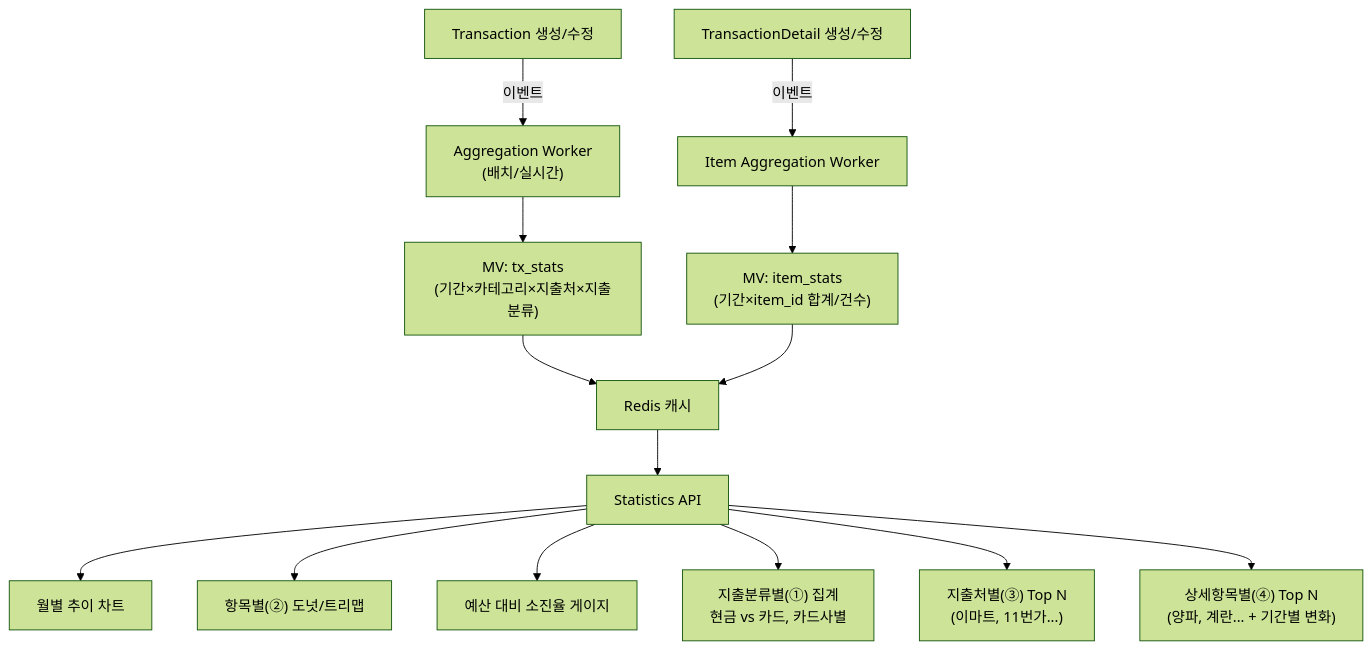
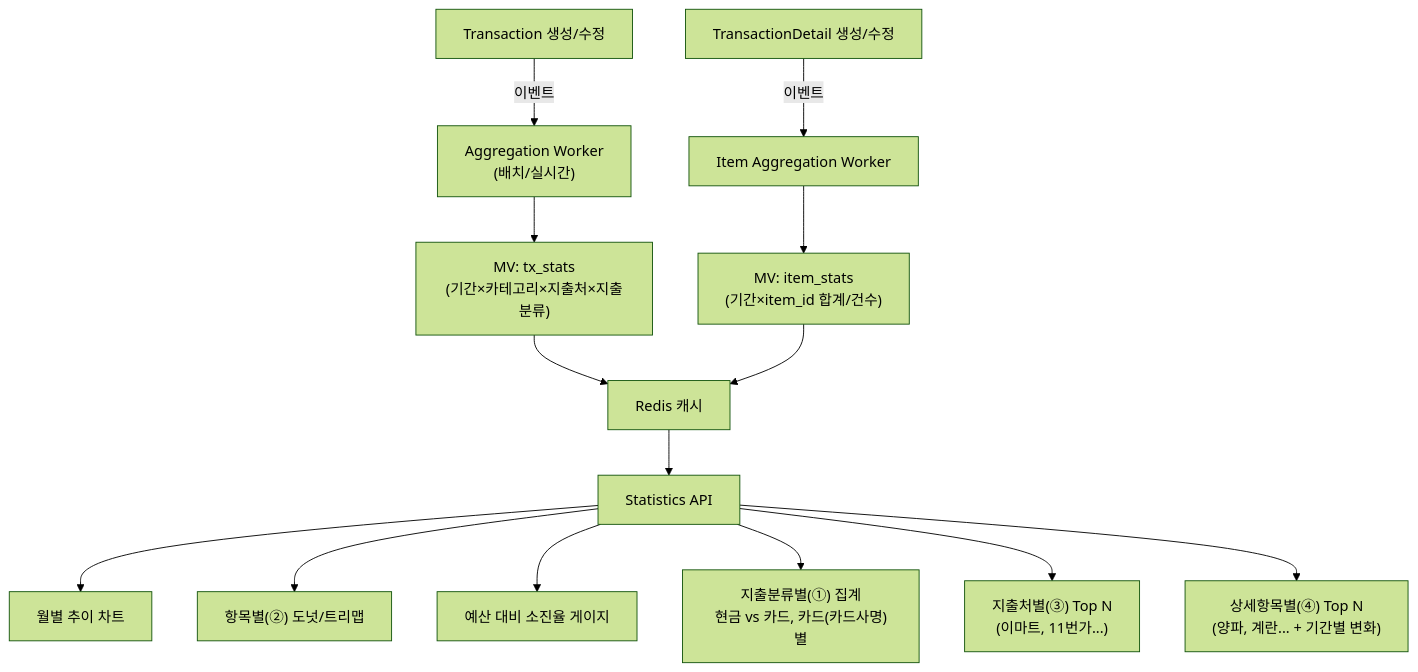
One commit to tigrelli/account-books changed diagram 12 of 18 in docs/가계부_아키텍처_설계.md. Above: the diagram before and after it, drawn with Mermaid (forest theme). The commit also changed other lines of this file and 8 other files, not shown here.

````diff
--- a/docs/가계부_아키텍처_설계.md
+++ b/docs/가계부_아키텍처_설계.md
@@ -597,19 +598,19 @@
 ```mermaid
 graph TD
     TX["Transaction 생성/수정"] -->|"이벤트"| AGG["Aggregation Worker<br/>(배치/실시간)"]
     DETAIL["TransactionDetail 생성/수정"] -->|"이벤트"| AGG2["Item Aggregation Worker"]
 
     AGG --> MV1["MV: tx_stats<br/>(기간×카테고리×지출처×지출분류)"]
     AGG2 --> MV2["MV: item_stats<br/>(기간×item_id 합계/건수)"]
 
     MV1 --> CACHE["Redis 캐시"]
     MV2 --> CACHE
     CACHE --> API["Statistics API"]
 
     API --> CHART1["월별 추이 차트"]
     API --> CHART2["항목별(②) 도넛/트리맵"]
     API --> CHART3["예산 대비 소진율 게이지"]
-    API --> CHART4["지출분류별(①) 집계<br/>현금 vs 카드, 카드사별"]
+    API --> CHART4["지출분류별(①) 집계<br/>현금 vs 카드, 카드(카드사명)별"]
     API --> CHART5["지출처별(③) Top N<br/>(이마트, 11번가...)"]
     API --> CHART6["상세항목별(④) Top N<br/>(양파, 계란... + 기간별 변화)"]
 ```
````
